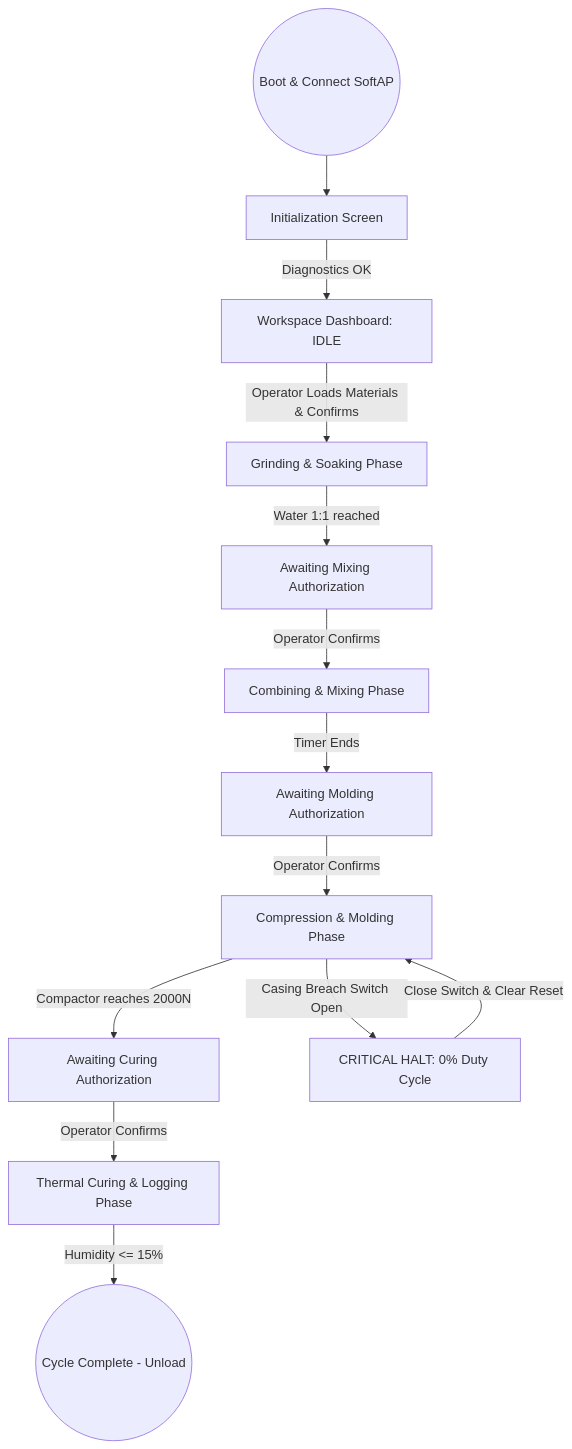
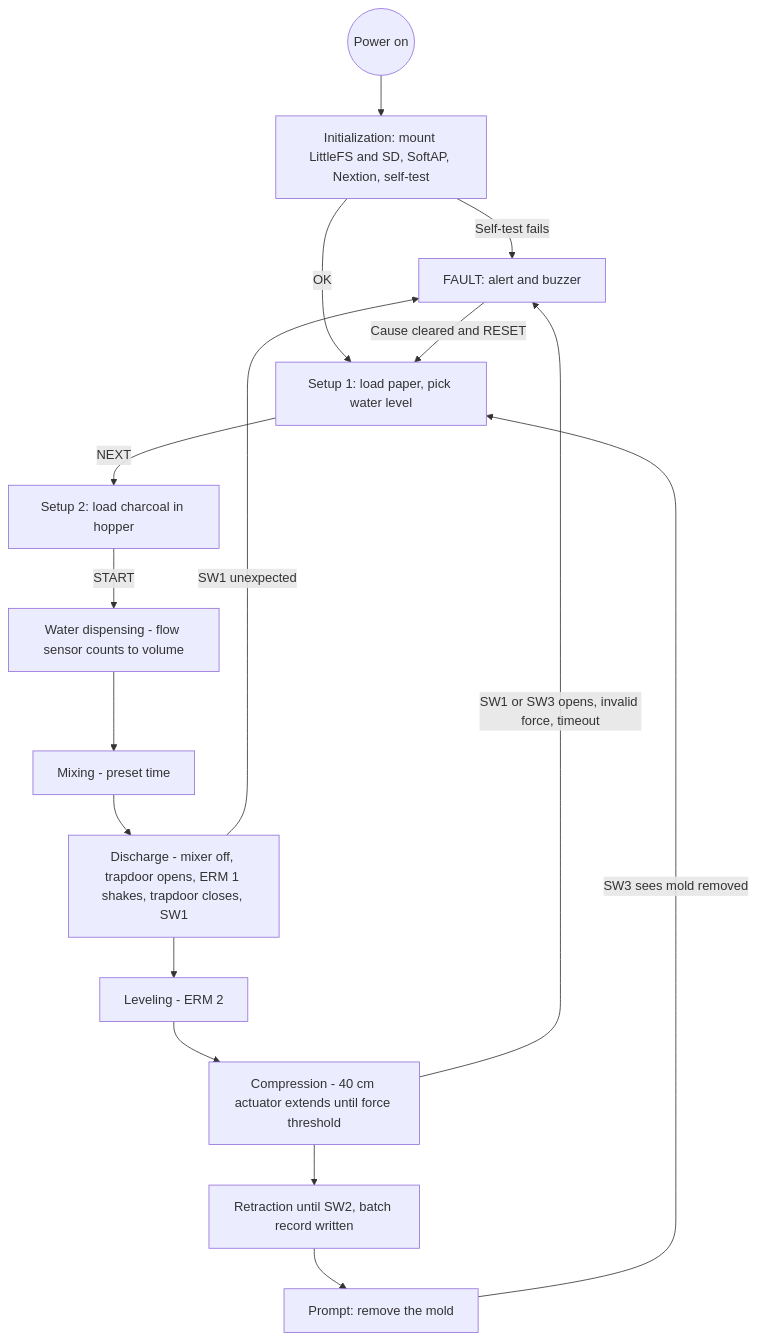
Before and after one commit to geraldsberongoy/automated-charcoal-briq: the diagram in docs/PRD_Template.md, drawn with Mermaid. The commit also changed other lines of this file and 12 other files, not shown here.

````diff
--- a/docs/PRD_Template.md
+++ b/docs/PRD_Template.md
@@ -94,16 +104,19 @@
 ```mermaid
 flowchart TD
-    Start((Boot & Connect SoftAP)) --> Init[Initialization Screen]
-    Init -->|Diagnostics OK| Idle[Workspace Dashboard: IDLE]
-    Idle -->|Operator Loads Materials & Confirms| Stage2[Grinding & Soaking Phase]
-    Stage2 -->|Water 1:1 reached| WaitMix[Awaiting Mixing Authorization]
-    WaitMix -->|Operator Confirms| Stage3[Combining & Mixing Phase]
-    Stage3 -->|Timer Ends| WaitMold[Awaiting Molding Authorization]
-    WaitMold -->|Operator Confirms| Stage4[Compression & Molding Phase]
-    Stage4 -->|Compactor reaches 2000N| WaitDry[Awaiting Curing Authorization]
-    WaitDry -->|Operator Confirms| Stage5[Thermal Curing & Logging Phase]
-    Stage5 -->|Humidity <= 15%| Complete((Cycle Complete - Unload))
-    
-    Stage4 -->|Casing Breach Switch Open| EmergencyHalt[CRITICAL HALT: 0% Duty Cycle]
-    EmergencyHalt -->|Close Switch & Clear Reset| Stage4
+    Start((Power on)) --> Init[Initialization: mount LittleFS and SD, SoftAP, Nextion, self-test]
+    Init -->|Self-test fails| Fault[FAULT: alert and buzzer]
+    Init -->|OK| SetupPaper[Setup 1: load paper, pick water level]
+    SetupPaper -->|NEXT| SetupCharcoal[Setup 2: load charcoal in hopper]
+    SetupCharcoal -->|START| Water[Water dispensing - flow sensor counts to volume]
+    Water --> Mix[Mixing - preset time]
+    Mix --> Discharge[Discharge - mixer off, trapdoor opens, ERM 1 shakes, trapdoor closes, SW1]
+    Discharge --> Level[Leveling - ERM 2]
+    Level --> Compress[Compression - 40 cm actuator extends until force threshold]
+    Compress --> Retract[Retraction until SW2, batch record written]
+    Retract --> Unload[Prompt: remove the mold]
+    Unload -->|SW3 sees mold removed| SetupPaper
+
+    Discharge -->|SW1 unexpected| Fault
+    Compress -->|SW1 or SW3 opens, invalid force, timeout| Fault
+    Fault -->|Cause cleared and RESET| SetupPaper
 ```
````
